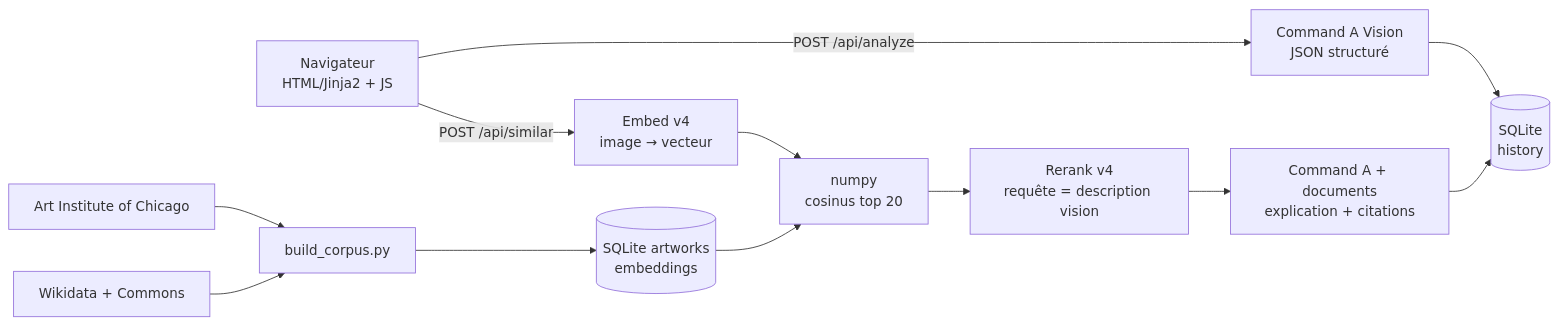
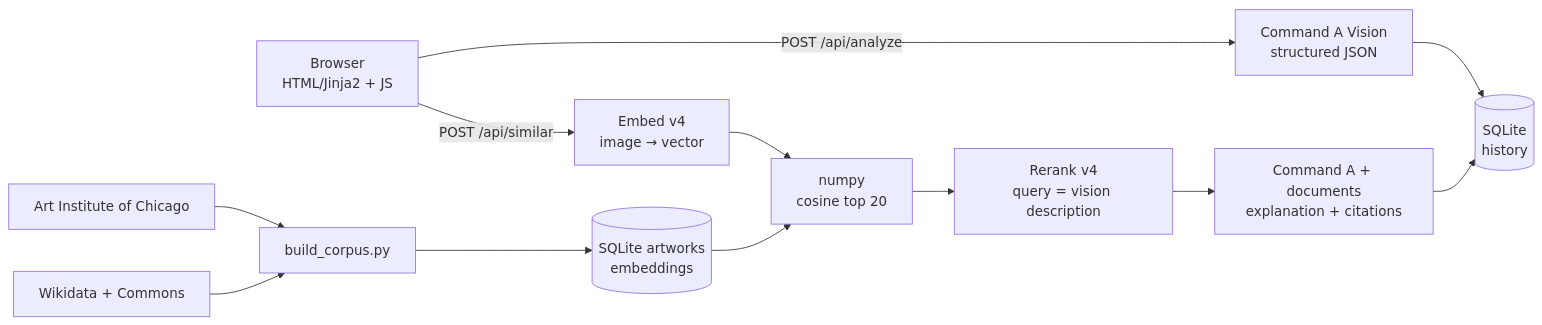
Before and after one commit to capucine-masson/MyMusee: the diagram in README.md, drawn with Mermaid. The commit also changed other lines of this file and 9 other files, not shown here.

````diff
--- a/README.md
+++ b/README.md
@@ -31,14 +40,14 @@
 ```mermaid
 flowchart LR
-    U[Navigateur<br/>HTML/Jinja2 + JS] -->|POST /api/analyze| V[Command A Vision<br/>JSON structuré]
+    U[Browser<br/>HTML/Jinja2 + JS] -->|POST /api/analyze| V[Command A Vision<br/>structured JSON]
     V --> H[(SQLite<br/>history)]
-    U -->|POST /api/similar| E[Embed v4<br/>image → vecteur]
-    E --> S[numpy<br/>cosinus top 20]
+    U -->|POST /api/similar| E[Embed v4<br/>image → vector]
+    E --> S[numpy<br/>cosine top 20]
     C[(SQLite artworks<br/>embeddings)] --> S
-    S --> R[Rerank v4<br/>requête = description vision]
-    R --> G[Command A + documents<br/>explication + citations]
+    S --> R[Rerank v4<br/>query = vision description]
+    R --> G[Command A + documents<br/>explanation + citations]
     G --> H
     B[build_corpus.py] --> C
     AIC[Art Institute of Chicago] --> B
     WD[Wikidata + Commons] --> B
 ```
````
